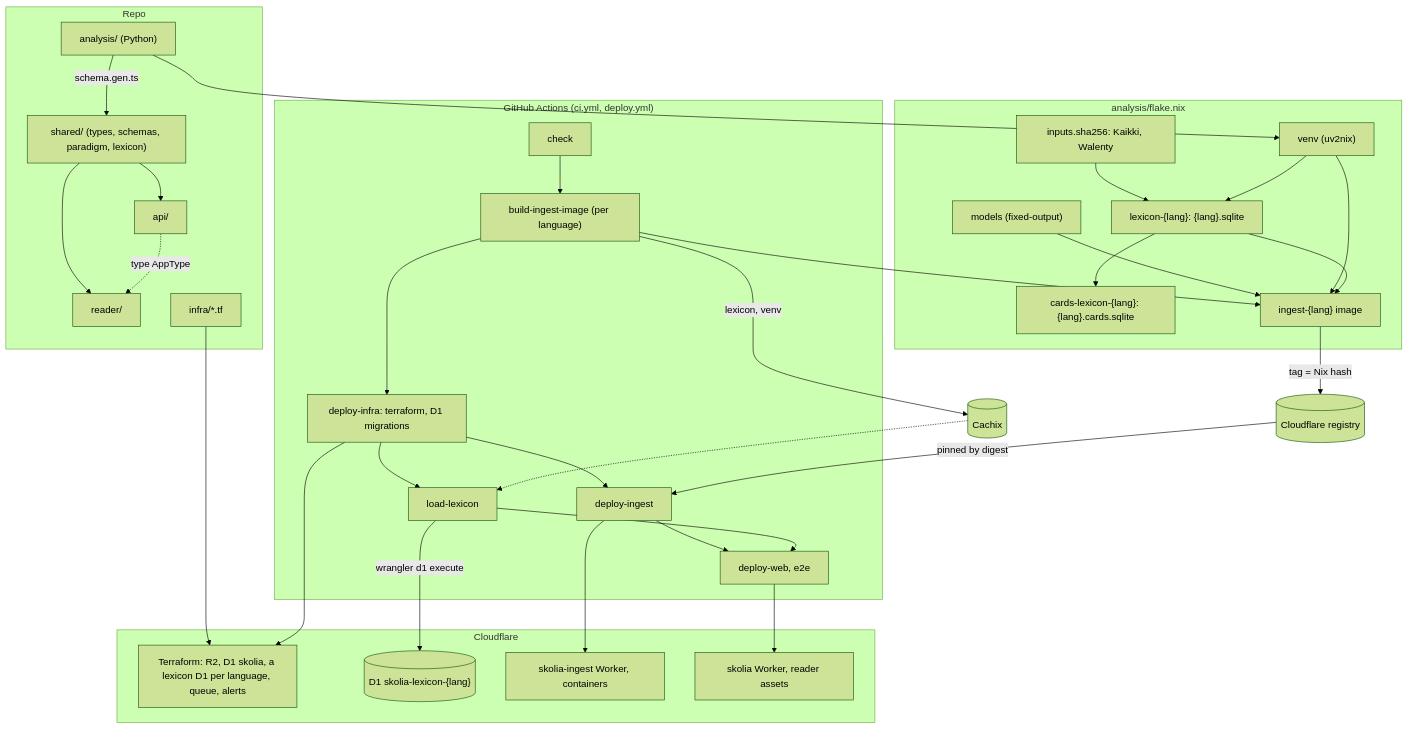
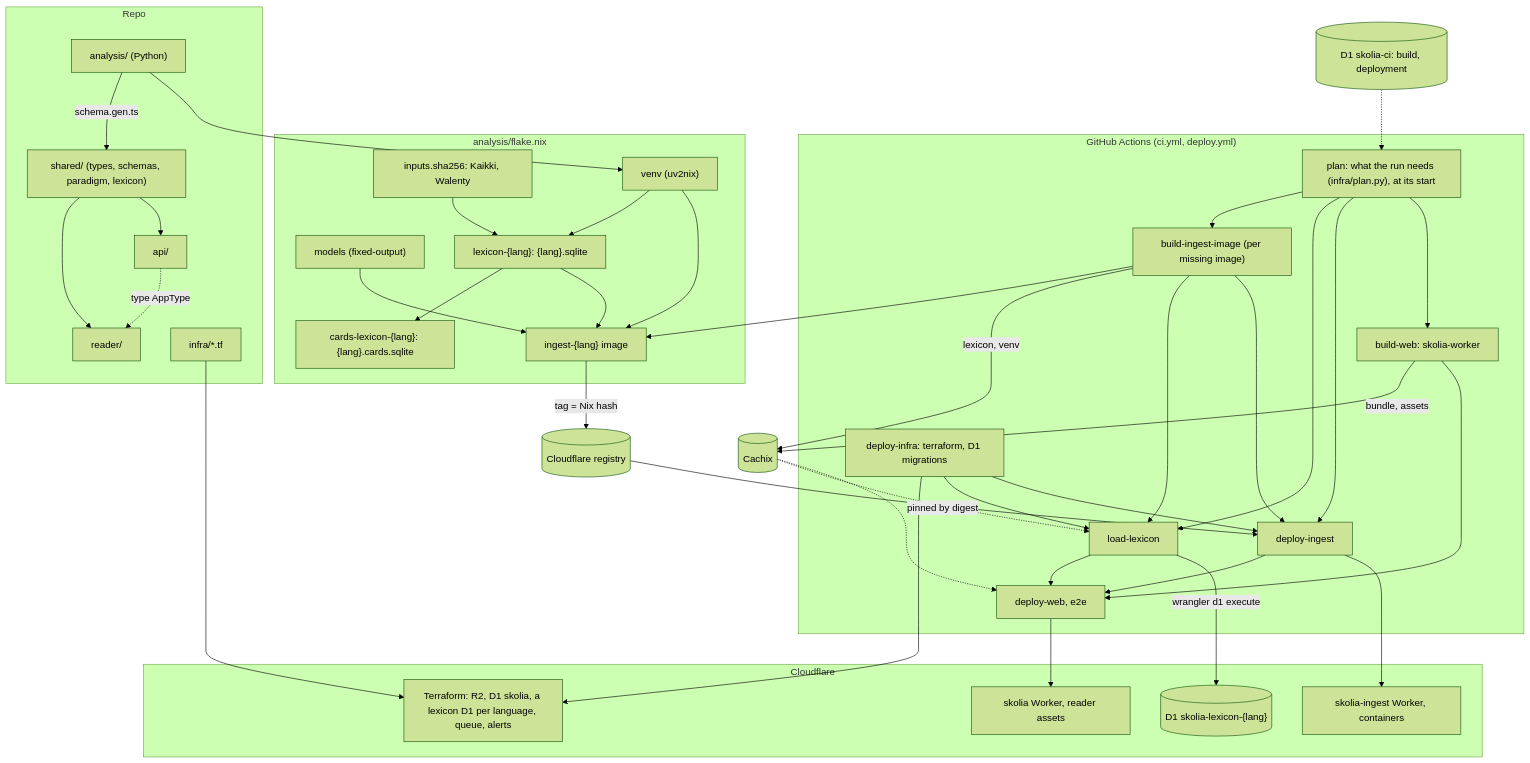
One commit to skolia-io/skolia changed the third of 3 diagrams in ARCHITECTURE.md. Above: the diagram before and after it, drawn with Mermaid (forest theme). The commit also changed other lines of this file and 27 other files, not shown here.

First line of the commit message:
ci: plan each run from a dependency graph keyed on Nix hashes, and skip what's already current (#123)

````diff
--- a/ARCHITECTURE.md
+++ b/ARCHITECTURE.md
@@ -110,62 +110,72 @@
 ```mermaid
 flowchart TB
   subgraph Repo
     PY["analysis/ (Python)"]
     SH["shared/ (types, schemas, paradigm, lexicon)"]
     RDR["reader/"]
     APIS["api/"]
     TFS["infra/*.tf"]
   end
   subgraph Nix["analysis/flake.nix"]
     INP["inputs.sha256: Kaikki, Walenty"]
     MOD["models (fixed-output)"]
     VENV["venv (uv2nix)"]
     LEXN["lexicon-{lang}: {lang}.sqlite"]
     CARDS["cards-lexicon-{lang}: {lang}.cards.sqlite"]
     IMG["ingest-{lang} image"]
   end
   subgraph CI["GitHub Actions (ci.yml, deploy.yml)"]
-    CHK["check"]
-    BII["build-ingest-image (per language)"]
+    PL["plan: what the run needs (infra/plan.py), at its start"]
+    BII["build-ingest-image (per missing image)"]
     DI["deploy-infra: terraform, D1 migrations"]
     LL["load-lexicon"]
     DGI["deploy-ingest"]
+    BW["build-web: skolia-worker"]
     DW["deploy-web, e2e"]
   end
   CX[("Cachix")]
+  CIDB[("D1 skolia-ci: build, deployment")]
   REG[("Cloudflare registry")]
   subgraph CF["Cloudflare"]
     TFR["Terraform: R2, D1 skolia, a lexicon D1 per language, queue, alerts"]
     LXDB[("D1 skolia-lexicon-{lang}")]
     INGD["skolia-ingest Worker, containers"]
     WEBD["skolia Worker, reader assets"]
   end
 
   PY -->|"schema.gen.ts"| SH
   SH --> RDR
   SH --> APIS
   APIS -.->|"type AppType"| RDR
   PY --> VENV
   INP --> LEXN
   VENV --> LEXN
   LEXN --> CARDS
   MOD --> IMG
   VENV --> IMG
   LEXN --> IMG
-  CHK --> BII
+  PL --> BII
+  PL --> LL
+  PL --> DGI
+  PL --> BW
+  CIDB -.-> PL
+  BW -->|"bundle, assets"| CX
+  BW --> DW
   BII --> IMG
   BII -->|"lexicon, venv"| CX
   IMG -->|"tag = Nix hash"| REG
-  BII --> DI
+  BII --> LL
+  BII --> DGI
   TFS --> TFR
   DI --> TFR
   DI --> LL
   DI --> DGI
   DGI --> DW
   LL --> DW
   CX -.-> LL
+  CX -.-> DW
   LL -->|"wrangler d1 execute"| LXDB
   REG -->|"pinned by digest"| DGI
   DGI --> INGD
   DW --> WEBD
 ```
````
